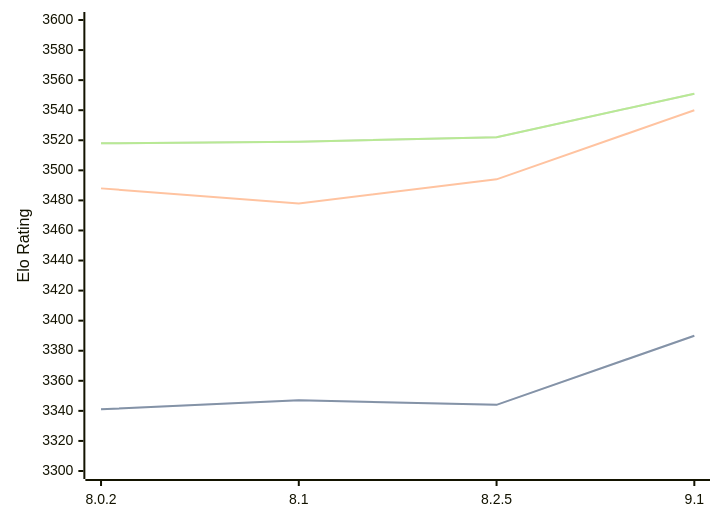
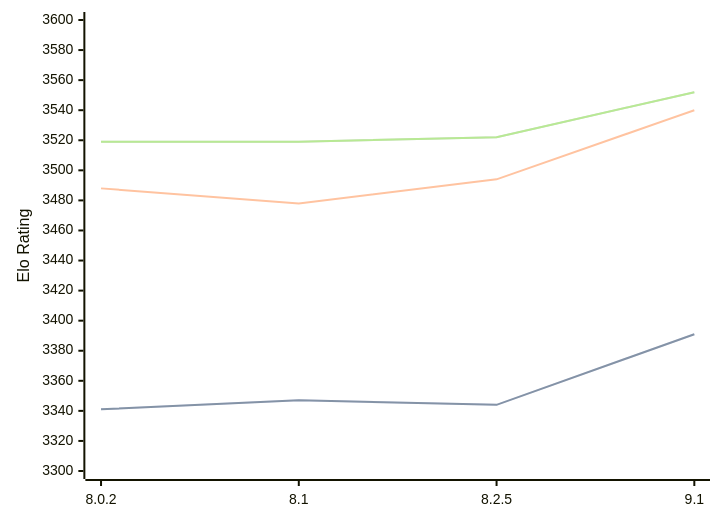
The diagram in engines/Clover.md (computer-chess-index/cci), drawn with Mermaid before and after one commit. The commit also changed other lines of this file, not shown here.

Commit message:
Update CCI Ratings (ELO VLTC) - 2026-09-10

````diff
--- a/engines/Clover.md
+++ b/engines/Clover.md
@@ -35,11 +35,11 @@
 ```mermaid
 %%{init: {"theme":"base","themeVariables":{"seriesColors:['#a3a3a3','#222221','#faa371']}}}%%
 xychart-beta
   x-axis ["8.0.2", "8.1", "8.2.5", "9.1"]
   y-axis "Elo Rating" 3300 --> 3600
-  line "" [3341, 3347, 3344, 3390]
-  line "STC (8.0+0.08s)" [3341, 3347, 3344, 3390]
+  line "" [3341, 3347, 3344, 3391]
+  line "STC (8.0+0.08s)" [3341, 3347, 3344, 3391]
   line "LTC (60.0+0.60s)" [3488, 3478, 3494, 3540]
-  line "" [3518, 3519, 3522, 3551]
-  line "VLTC (2m24s+1.12s)" [3518, 3519, 3522, 3551]
+  line "" [3519, 3519, 3522, 3552]
+  line "VLTC (2m24s+1.12s)" [3519, 3519, 3522, 3552]
 ```
````
